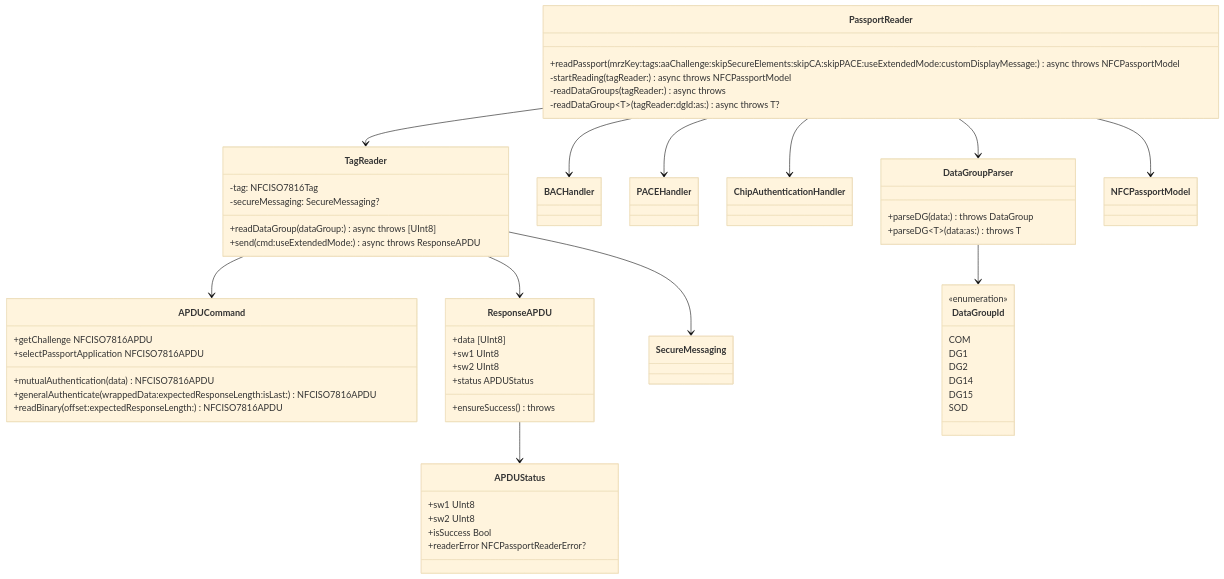
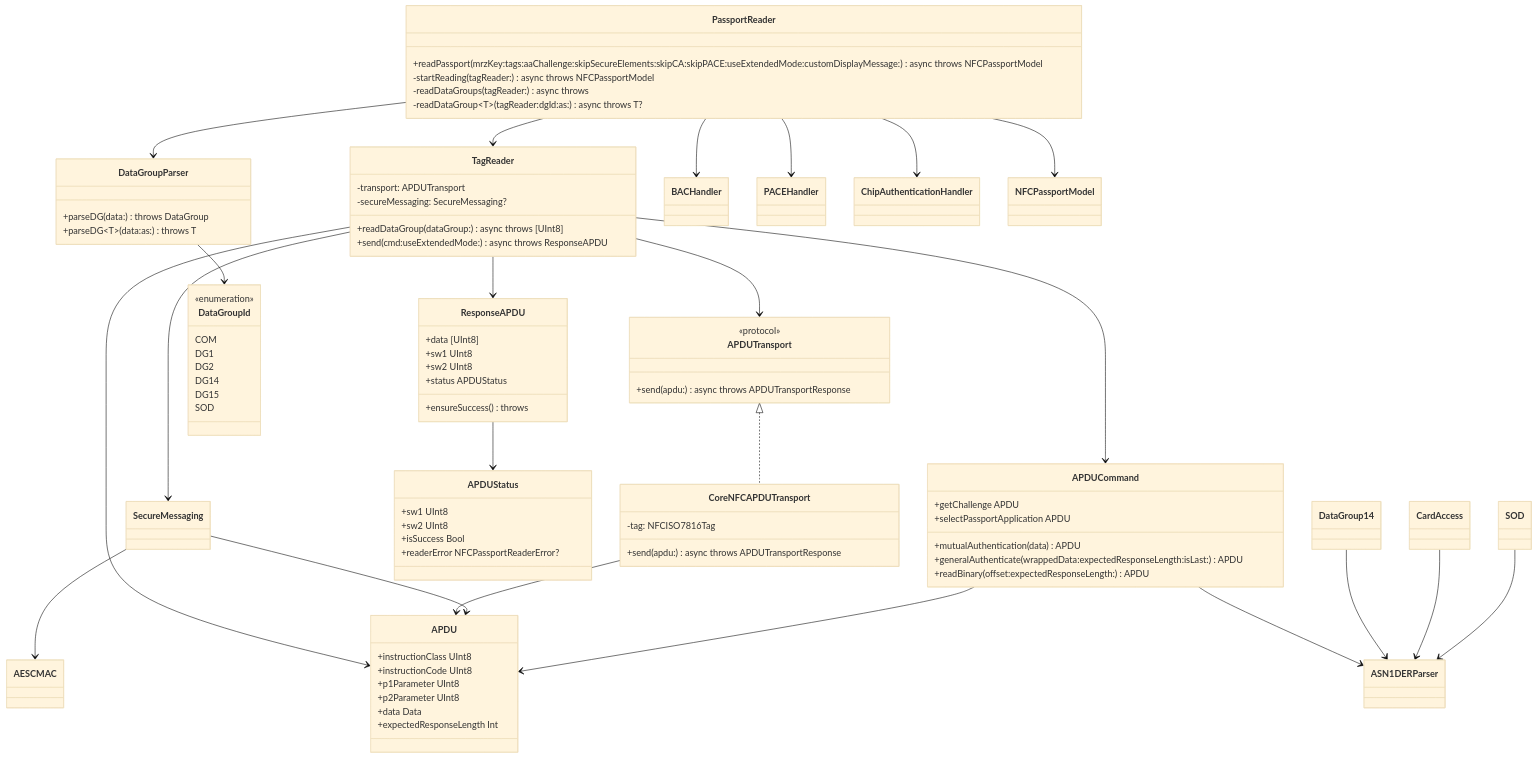
Before and after one commit to advatar/iNFC: the second of 4 diagrams in Documentation/Architecture.md, drawn with Mermaid (base theme). The commit also changed other lines of this file and 21 other files, not shown here.

Commit message:
Make NFC reader core Swift native

````diff
--- a/Documentation/Architecture.md
+++ b/Documentation/Architecture.md
@@ -36,18 +81,37 @@
     }
 
     class TagReader {
-        -tag: NFCISO7816Tag
+        -transport: APDUTransport
         -secureMessaging: SecureMessaging?
         +readDataGroup(dataGroup:) async throws [UInt8]
         +send(cmd:useExtendedMode:) async throws ResponseAPDU
     }
 
+    class APDUTransport {
+        <<protocol>>
+        +send(apdu:) async throws APDUTransportResponse
+    }
+
+    class APDU {
+        +instructionClass UInt8
+        +instructionCode UInt8
+        +p1Parameter UInt8
+        +p2Parameter UInt8
+        +data Data
+        +expectedResponseLength Int
+    }
+
+    class CoreNFCAPDUTransport {
+        -tag: NFCISO7816Tag
+        +send(apdu:) async throws APDUTransportResponse
+    }
+
     class APDUCommand {
-        +getChallenge NFCISO7816APDU
-        +mutualAuthentication(data) NFCISO7816APDU
-        +generalAuthenticate(wrappedData:expectedResponseLength:isLast:) NFCISO7816APDU
-        +selectPassportApplication NFCISO7816APDU
-        +readBinary(offset:expectedResponseLength:) NFCISO7816APDU
+        +getChallenge APDU
+        +mutualAuthentication(data) APDU
+        +generalAuthenticate(wrappedData:expectedResponseLength:isLast:) APDU
+        +selectPassportApplication APDU
+        +readBinary(offset:expectedResponseLength:) APDU
     }
 
     class ResponseAPDU {
@@ -84,9 +148,15 @@
     class PACEHandler
     class ChipAuthenticationHandler
     class SecureMessaging
+    class ASN1DERParser
+    class AESCMAC
     class NFCPassportModel
 
     PassportReader --> TagReader
+    TagReader --> APDUTransport
+    TagReader --> APDU
+    APDUTransport <|.. CoreNFCAPDUTransport
+    CoreNFCAPDUTransport --> APDU
     PassportReader --> BACHandler
     PassportReader --> PACEHandler
     PassportReader --> ChipAuthenticationHandler
@@ -95,6 +165,13 @@
     TagReader --> APDUCommand
     TagReader --> ResponseAPDU
     TagReader --> SecureMessaging
+    SecureMessaging --> AESCMAC
+    SecureMessaging --> APDU
+    APDUCommand --> ASN1DERParser
+    APDUCommand --> APDU
+    DataGroup14 --> ASN1DERParser
+    CardAccess --> ASN1DERParser
+    SOD --> ASN1DERParser
     ResponseAPDU --> APDUStatus
     DataGroupParser --> DataGroupId
 ```
````
